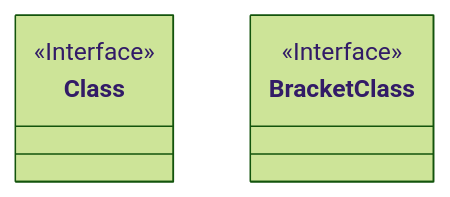
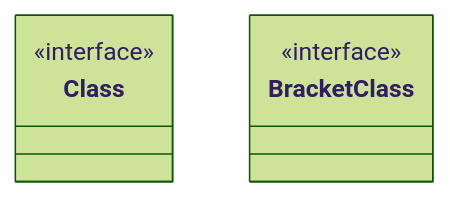
The third of 11 diagrams in _notes/markdown/mermaid/class-diagram.md (choesimin/choesimin.github.io), drawn with Mermaid (forest theme) before and after one commit. The commit also changed other lines of this file and 10 other files, not shown here.

````diff
--- a/_notes/markdown/mermaid/class-diagram.md
+++ b/_notes/markdown/mermaid/class-diagram.md
@@ -96,10 +96,10 @@
 ```mermaid
 classDiagram
 
 class Class
-<<Interface>> Class
+<<interface>> Class
 
 class BracketClass {
-    <<Interface>>
+    <<interface>>
 }
 ```
````
